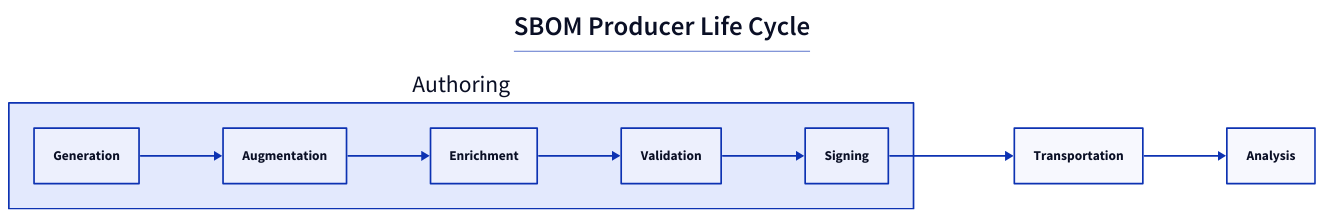
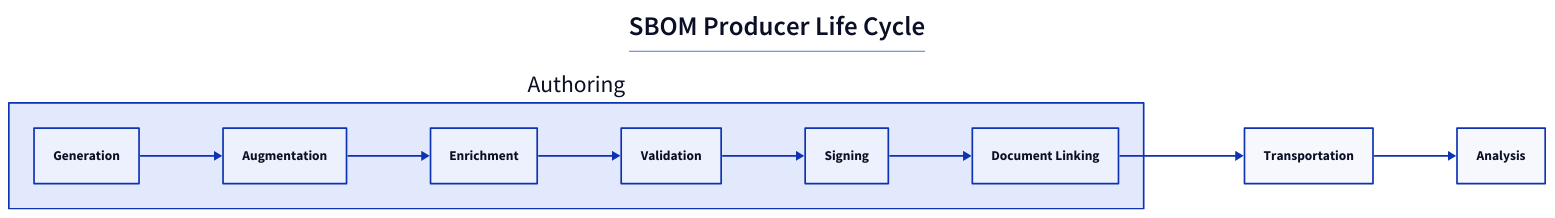
Before and after one commit to CISA-SBOM-Community/SBOM-Generation: the diagram in assets/lifecycle.d2, drawn with D2. The commit also changed 2 other files, not shown here.

Commit message:
Update Lifecycle to Include `Document Linking` (#74)
* docs: updating diagram to include

* Apply suggestions from code review

* fix: diagram svg lifecycle document

---------

```diff
--- a/assets/lifecycle.d2
+++ b/assets/lifecycle.d2
@@ -1,29 +1,27 @@
 direction: right
 
 title: |md
 
   # SBOM Producer Life Cycle
 
 | {near: top-center}
 
-Authoring {
+Authoring: {
   Generation
   Augmentation
   Enrichment
   Validation
   Signing
+  Document Linking
 }
 
-Transportation {
+Transportation
 
-}
-
-Analysis {
-
-}
+Analysis
 
 Authoring.Generation -> Authoring.Augmentation
 Authoring.Augmentation -> Authoring.Enrichment
 Authoring.Enrichment -> Authoring.Validation
 Authoring.Validation -> Authoring.Signing
-Authoring.Signing -> Transportation -> Analysis
+Authoring.Signing -> Authoring."Document Linking"
+Authoring."Document Linking" -> Transportation -> Analysis
```
